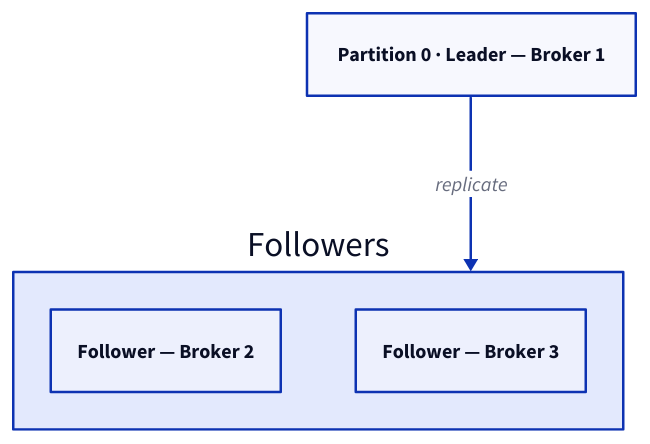
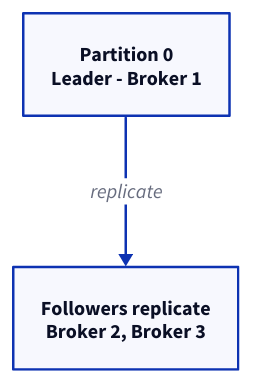
Before and after one commit to g-savitha/gsavitha.in: the sixth of 6 diagrams in src/content/blog/kafka-explained-like-you-are-5.md, drawn with D2. The commit also changed other lines of this file and 11 other files, not shown here.

````diff
--- a/src/content/blog/kafka-explained-like-you-are-5.md
+++ b/src/content/blog/kafka-explained-like-you-are-5.md
@@ -205,10 +159,6 @@
 ```d2
 direction: down
-P: "Partition 0 · Leader — Broker 1" {class: success}
-followers: "Followers" {
-  direction: down
-  F1: "Follower — Broker 2" {class: info}
-  F2: "Follower — Broker 3" {class: info}
-}
-P -> followers: replicate
+P: "Partition 0\nLeader - Broker 1" {class: success}
+F: "Followers replicate\nBroker 2, Broker 3" {class: info}
+P -> F: replicate
 ```
````
